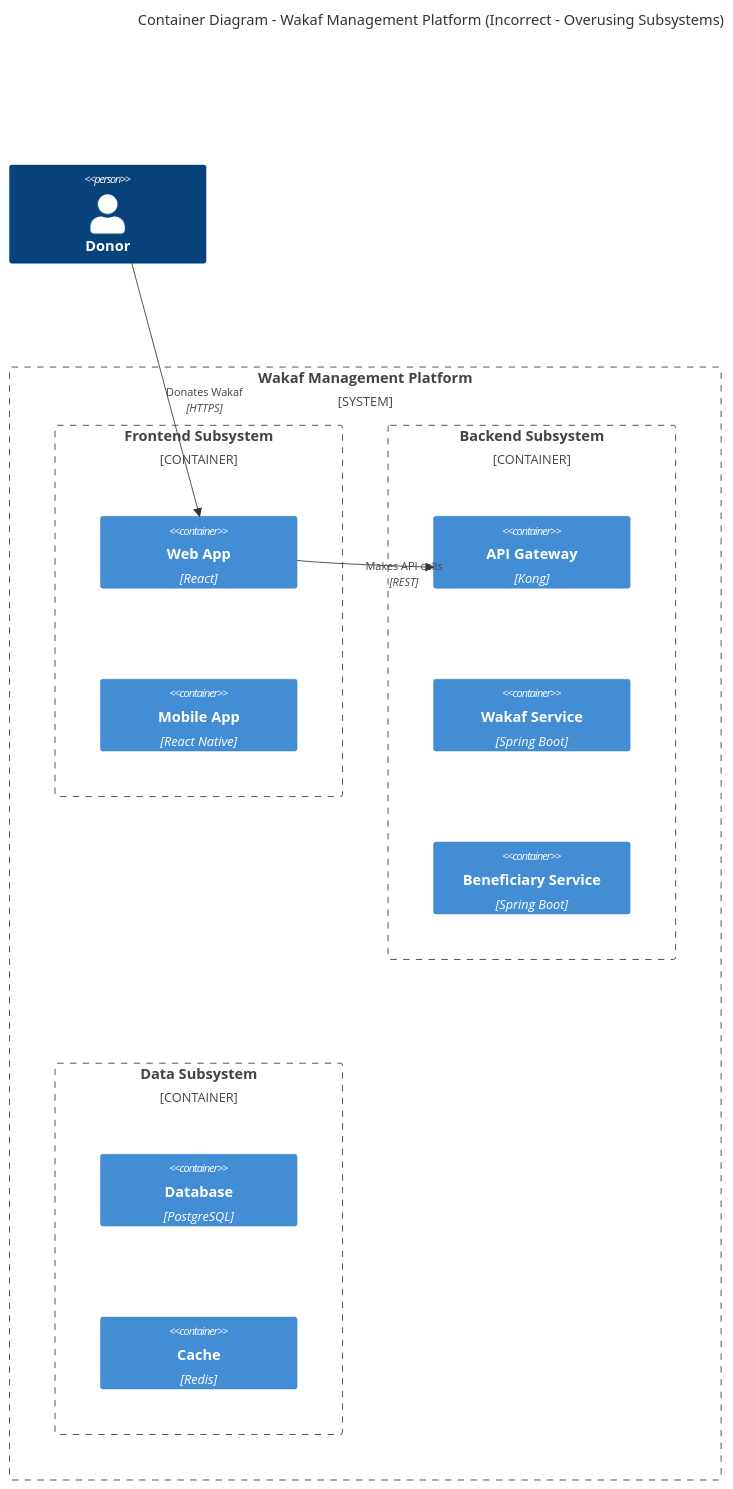
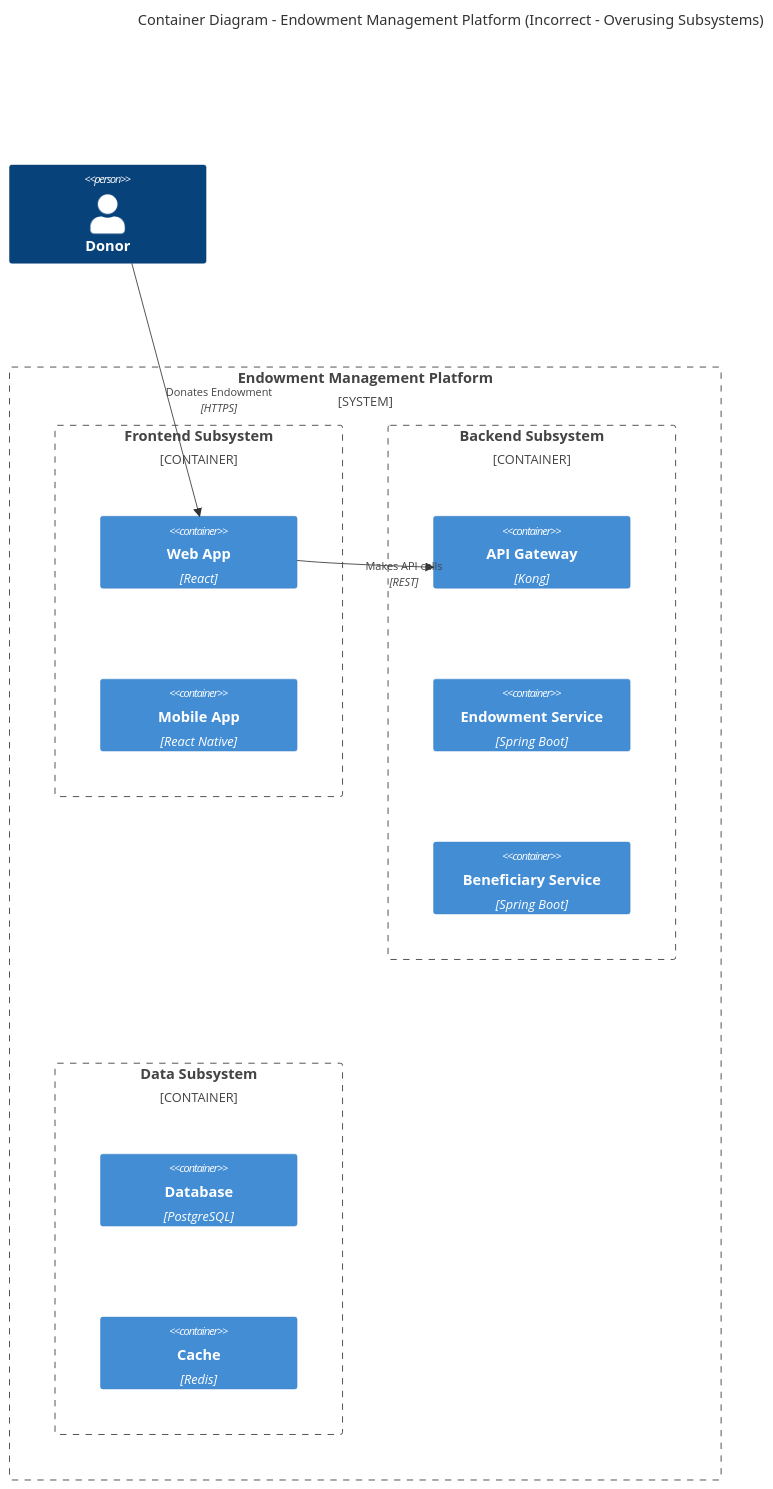
Before and after one commit to wahidyankf/open-sharia-enterprise: the third of 8 diagrams in docs/explanation/software/architecture/c4-architecture-model/ex-so-ar-c4armo__15-antipatterns.md, drawn with Mermaid. The commit also changed other lines of this file and 94 other files, not shown here.

````diff
--- a/docs/explanation/software/architecture/c4-architecture-model/ex-so-ar-c4armo__15-antipatterns.md
+++ b/docs/explanation/software/architecture/c4-architecture-model/ex-so-ar-c4armo__15-antipatterns.md
@@ -139,27 +139,27 @@
 ```mermaid
 C4Container
-    title Container Diagram - Wakaf Management Platform (Incorrect - Overusing Subsystems)
+    title Container Diagram - Endowment Management Platform (Incorrect - Overusing Subsystems)
 
     Person(donor, "Donor")
 
-    System_Boundary(wakaf, "Wakaf Management Platform") {
+    System_Boundary(endowment, "Endowment Management Platform") {
         Container_Boundary(frontend_subsystem, "Frontend Subsystem") {
             Container(web, "Web App", "React")
             Container(mobile, "Mobile App", "React Native")
         }
 
         Container_Boundary(backend_subsystem, "Backend Subsystem") {
             Container(api, "API Gateway", "Kong")
-            Container(wakaf_service, "Wakaf Service", "Spring Boot")
+            Container(endowment_service, "Endowment Service", "Spring Boot")
             Container(beneficiary_service, "Beneficiary Service", "Spring Boot")
         }
 
         Container_Boundary(data_subsystem, "Data Subsystem") {
             Container(db, "Database", "PostgreSQL")
             Container(cache, "Cache", "Redis")
         }
     }
 
-    Rel(donor, web, "Donates Wakaf", "HTTPS")
+    Rel(donor, web, "Donates Endowment", "HTTPS")
     Rel(web, api, "Makes API calls", "REST")
 ```
````
